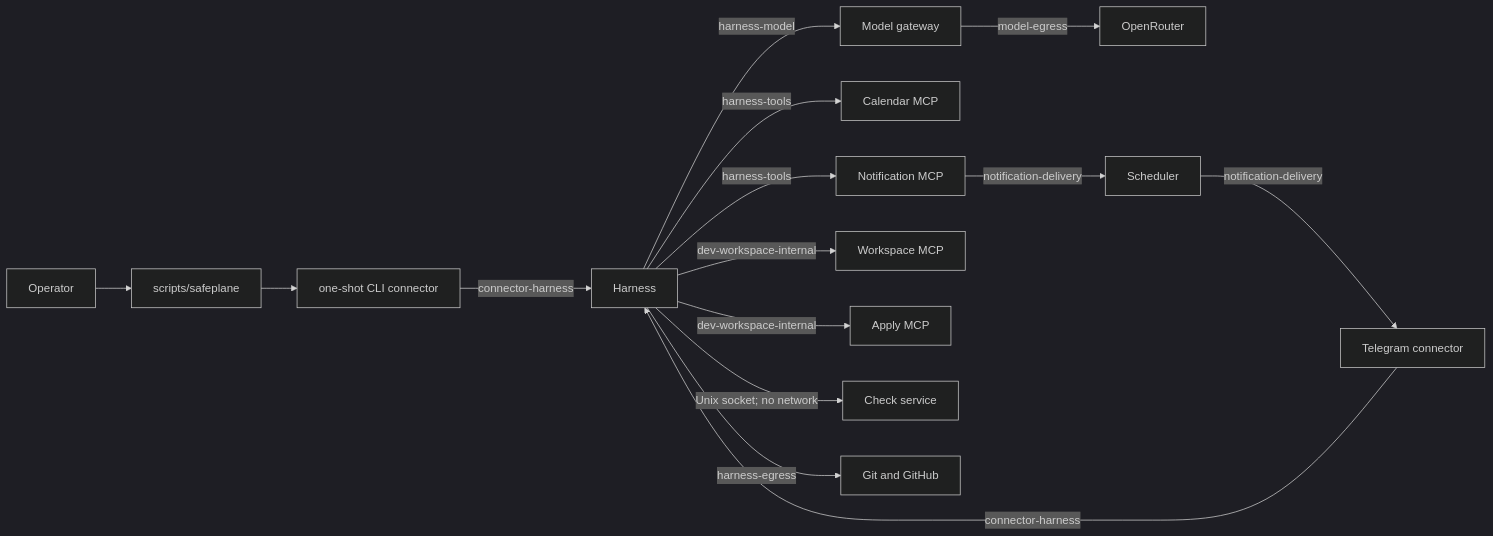
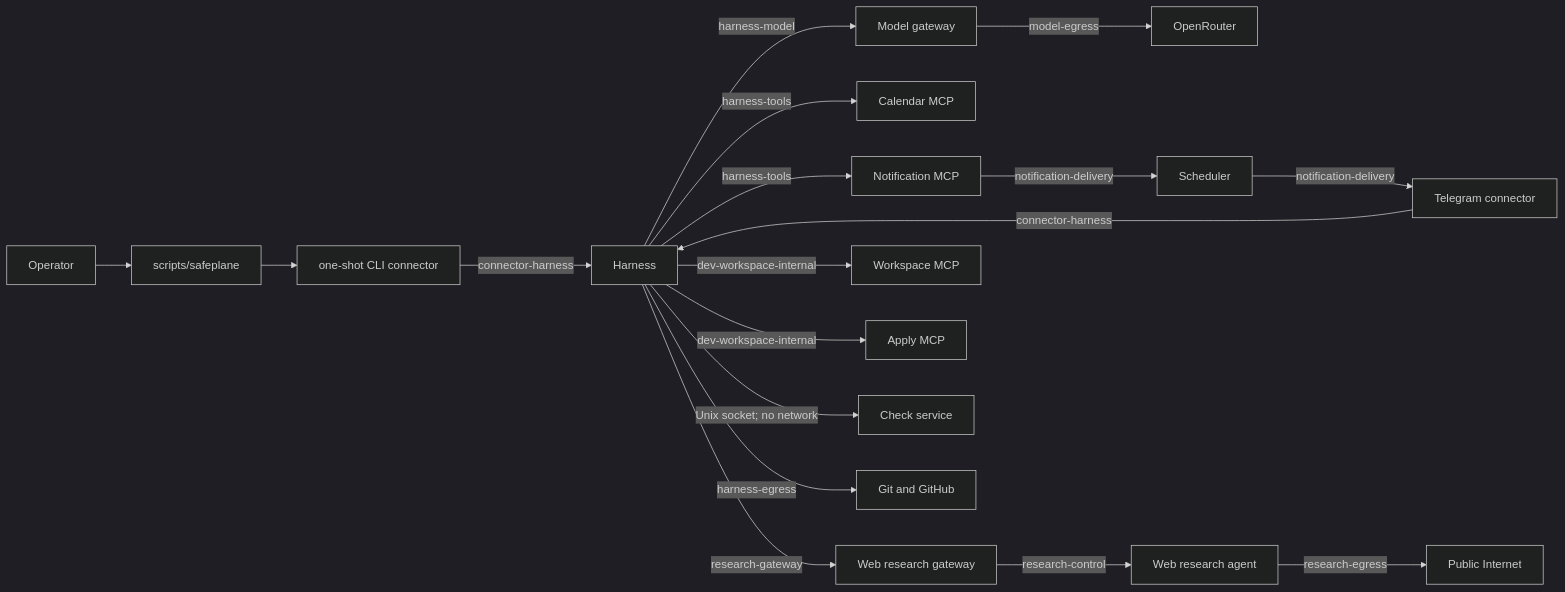
One commit to stefanrossmeier/safeplane changed the diagram in docs/security/runtime-boundaries.md. Above: the diagram before and after it, drawn with Mermaid (dark theme). The commit also changed other lines of this file and 29 other files, not shown here.

Commit message:
feat: add safe-web-research capability

````diff
--- a/docs/security/runtime-boundaries.md
+++ b/docs/security/runtime-boundaries.md
@@ -20,17 +20,20 @@
 ```mermaid
 flowchart LR
     OP[Operator] --> L[scripts/safeplane]
     L --> CLI[one-shot CLI connector]
     CLI -->|connector-harness| H[Harness]
     TG[Telegram connector] -->|connector-harness| H
     H -->|harness-model| MG[Model gateway]
     MG -->|model-egress| OR[OpenRouter]
     H -->|harness-tools| CAL[Calendar MCP]
     H -->|harness-tools| NOTIF[Notification MCP]
+    H -->|research-gateway| WRG[Web research gateway]
+    WRG -->|research-control| WRA[Web research agent]
+    WRA -->|research-egress| WEB[Public Internet]
     NOTIF -->|notification-delivery| SCH[Scheduler]
     SCH -->|notification-delivery| TG
     H -->|dev-workspace-internal| READ[Workspace MCP]
     H -->|dev-workspace-internal| APPLY[Apply MCP]
     H -->|Unix socket; no network| CHECK[Check service]
     H -->|harness-egress| GIT[Git and GitHub]
 ```
````
